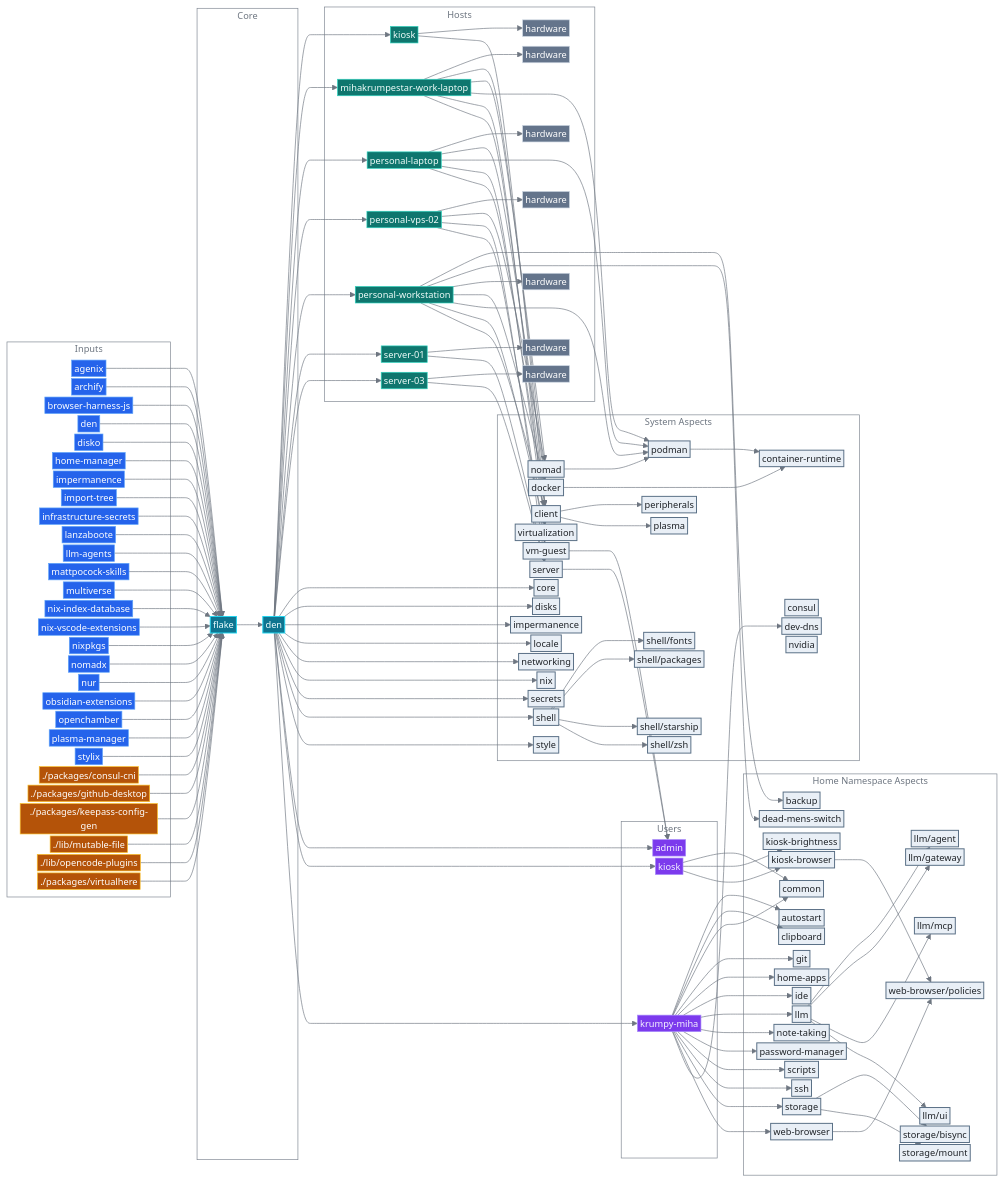
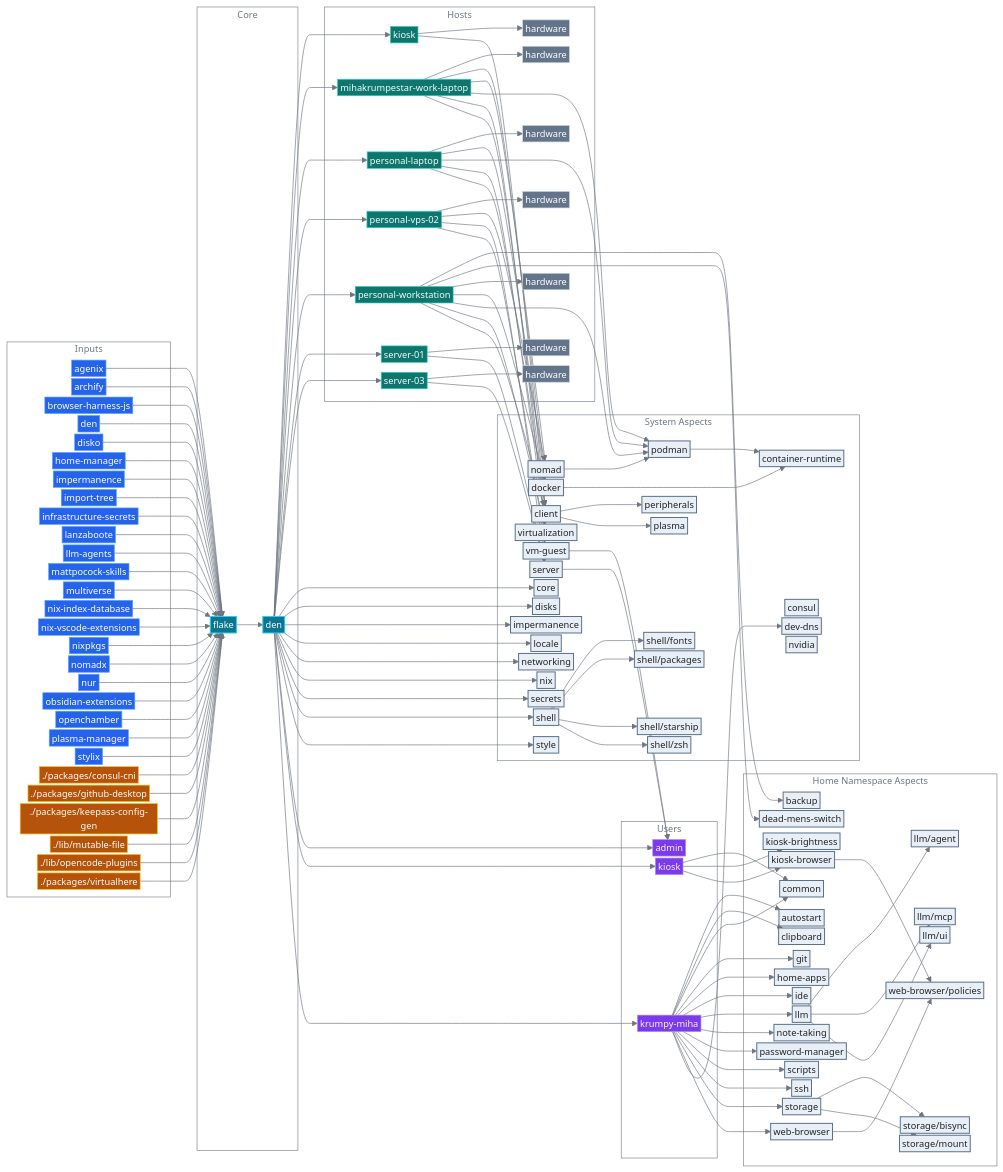
The diagram in README.md (mihakrumpestar/infrastructure), drawn with Mermaid before and after one commit. The commit also changed other lines of this file and 5 other files, not shown here.

Commit message:
feat: move llm-gateway to cloud

```diff
--- a/README.md
+++ b/README.md
@@ -209,7 +209,6 @@
         home_kiosk_browser["kiosk-browser"]:::aspect
         home_llm_agent["llm/agent"]:::aspect
         home_llm["llm"]:::aspect
-        home_llm_gateway["llm/gateway"]:::aspect
         home_llm_mcp["llm/mcp"]:::aspect
         home_llm_ui["llm/ui"]:::aspect
         home_note_taking["note-taking"]:::aspect
@@ -269,7 +268,6 @@
     flake --> den
     home_kiosk_browser --> home_web_browser_policies
     home_llm --> home_llm_agent
-    home_llm --> home_llm_gateway
     home_llm --> home_llm_mcp
     home_llm --> home_llm_ui
     home_storage --> home_storage_bisync
```
